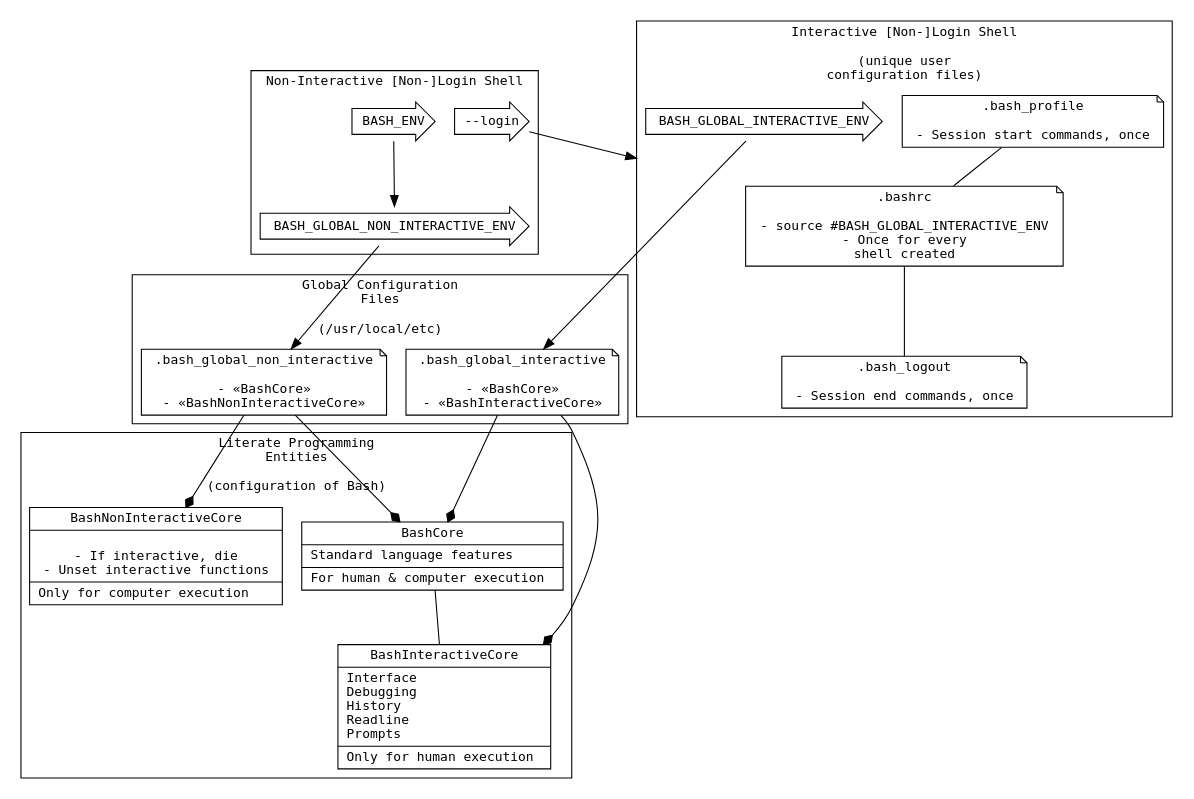
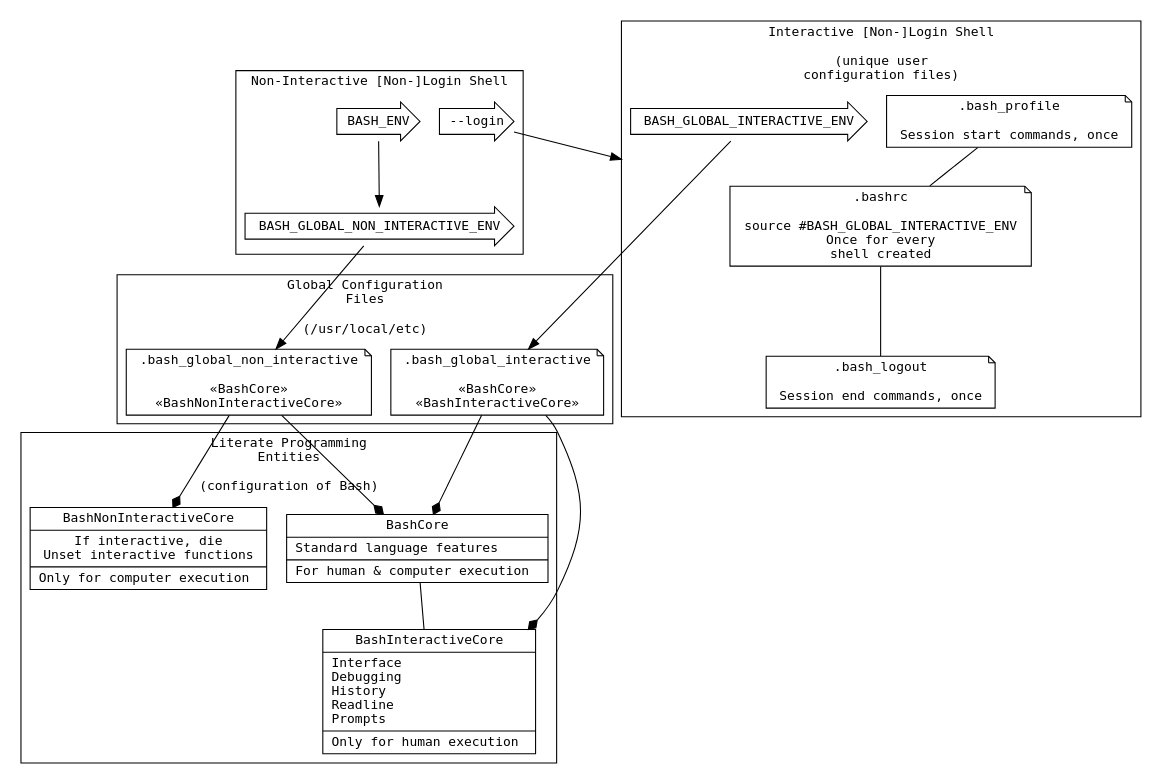
One commit to grettke/bash changed the diagram in bash.org. Above: the diagram before and after it, drawn with Graphviz. The commit also changed 1 other file, not shown here.

```diff
--- a/bash.org
+++ b/bash.org
@@ -2436,42 +2436,42 @@
 #+BEGIN_SRC dot :file "./image/version04.png" :wrap "RESULTS"
 digraph version5 {
   fontname = "DejaVu Sans Mono";
   fontsize = 12;
   node [shape = "record" fontname = "DejaVu Sans Mono" fontsize = 12];
   compound = true;
   subgraph cluster_A {
     label = "Literate Programming\nEntities\n\n(configuration of Bash)";
     BashCore[label = "{BashCore|Standard language features\l|For human & computer execution\l}"];
-    BashNonInteractiveCore[label = "{BashNonInteractiveCore|\n- If interactive, die\n- Unset interactive functions|Only for computer execution\l}"];
+    BashNonInteractiveCore[label = "{BashNonInteractiveCore|If interactive, die\nUnset interactive functions|Only for computer execution\l}"];
     BashInteractiveCore[label = "{BashInteractiveCore|Interface\lDebugging\lHistory\lReadline\lPrompts\l|Only for human execution\l}"];
   }
   subgraph cluster_B {
     label = "Global Configuration\nFiles\n\n(/usr/local/etc)";
-    BashGlobalNonInteractiveFile[shape = "note" label = ".bash_global_non_interactive\n\n- «BashCore»\n- «BashNonInteractiveCore»"];
-    BashGlobalInteractiveFile[shape = "note" label = ".bash_global_interactive\n\n- «BashCore»\n- «BashInteractiveCore»"];
+    BashGlobalNonInteractiveFile[shape = "note" label = ".bash_global_non_interactive\n\n«BashCore»\n«BashNonInteractiveCore»"];
+    BashGlobalInteractiveFile[shape = "note" label = ".bash_global_interactive\n\n«BashCore»\n«BashInteractiveCore»"];
   }
   subgraph cluster_C {
     label = "Interactive [Non-]Login Shell\n\n(unique user\nconfiguration files)";
-    BashProfile[shape = "note" label = ".bash_profile\n\n- Session start commands, once"];
-    BashRc[shape = "note" label = ".bashrc\n\n- source #BASH_GLOBAL_INTERACTIVE_ENV\n- Once for every\nshell created"];
-    BashLogout[shape = "note" label = ".bash_logout\n\n- Session end commands, once"];
+    BashProfile[shape = "note" label = ".bash_profile\n\nSession start commands, once"];
+    BashRc[shape = "note" label = ".bashrc\n\nsource #BASH_GLOBAL_INTERACTIVE_ENV\nOnce for every\nshell created"];
+    BashLogout[shape = "note" label = ".bash_logout\n\nSession end commands, once"];
     BashGlobalInteractiveProp [shape = "rarrow" label = "BASH_GLOBAL_INTERACTIVE_ENV"];
   }
   subgraph cluster_D {
     label = "Non-Interactive [Non-]Login Shell";
     BashEnv [shape = "rarrow" label = "BASH_ENV"];
     BashGlobalNonInteractiveProp [shape = "rarrow" label = "BASH_GLOBAL_NON_INTERACTIVE_ENV"];
     BashNonInteractiveLoginInit [shape = "rarrow" label="--login"];
   }
   BashCore -> BashInteractiveCore [arrowhead=none];
   BashProfile -> BashRc [arrowhead=none];
   BashRc -> BashLogout [arrowhead=none];
   BashEnv -> BashGlobalNonInteractiveProp -> BashGlobalNonInteractiveFile;
   BashGlobalInteractiveProp -> BashGlobalInteractiveFile;
   BashNonInteractiveLoginInit -> BashRc [lhead=cluster_C];
   BashGlobalInteractiveFile -> BashCore [arrowhead=diamond];
   BashGlobalInteractiveFile -> BashInteractiveCore [arrowhead=diamond];
   BashGlobalNonInteractiveFile -> BashCore [arrowhead=diamond];
   BashGlobalNonInteractiveFile -> BashNonInteractiveCore [arrowhead=diamond];
 }
 #+END_SRC
```
